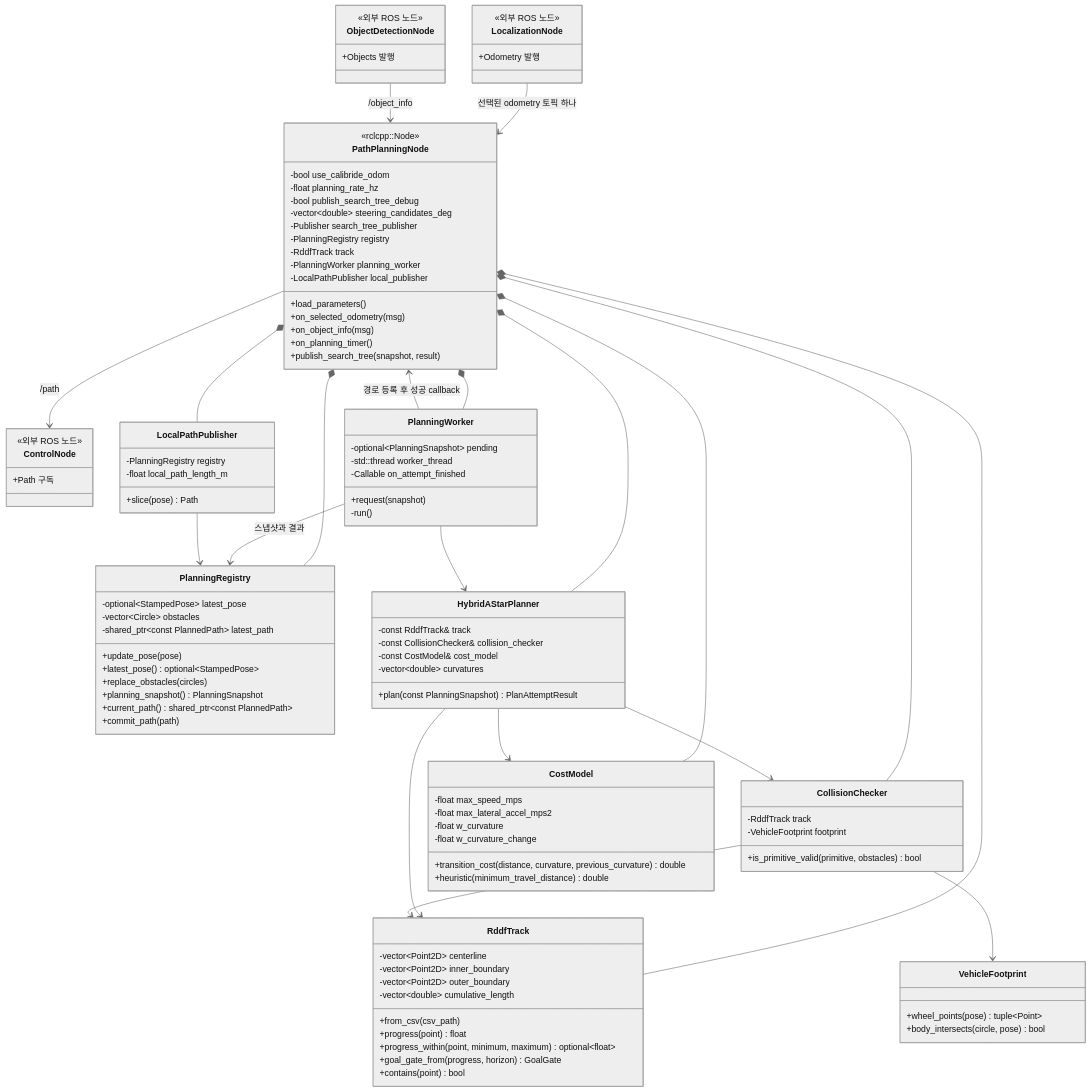
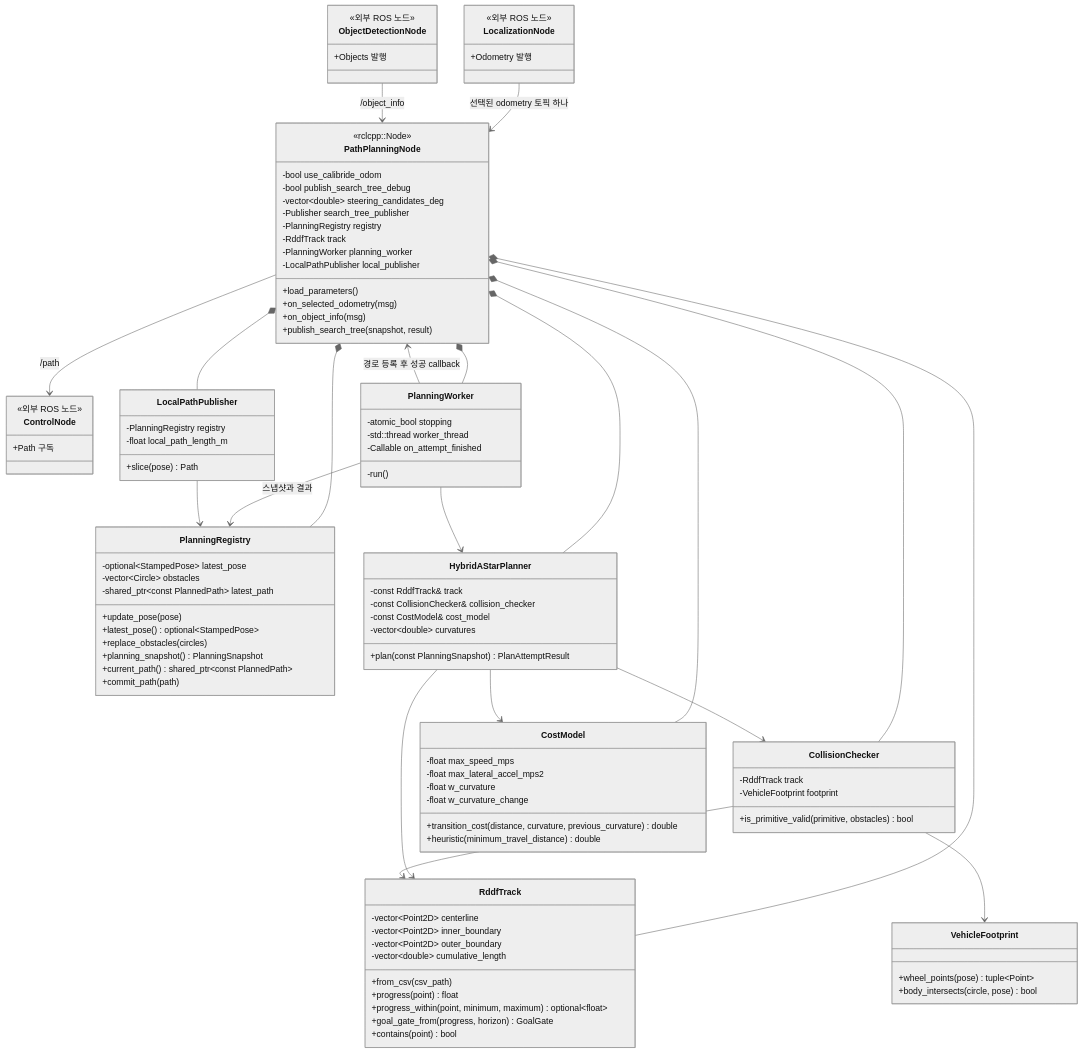
Before and after one commit to Team-Stier/AMET2026_coex_stier: the first of 3 diagrams in src/path_planning/README.md, drawn with Mermaid (neutral theme). The commit also changed other lines of this file and 5 other files, not shown here.

```diff
--- a/src/path_planning/README.md
+++ b/src/path_planning/README.md
@@ -172,7 +171,6 @@
     class PathPlanningNode {
         <<rclcpp::Node>>
         -bool use_calibride_odom
-        -float planning_rate_hz
         -bool publish_search_tree_debug
         -vector~double~ steering_candidates_deg
         -Publisher search_tree_publisher
@@ -183,7 +181,6 @@
         +load_parameters()
         +on_selected_odometry(msg)
         +on_object_info(msg)
-        +on_planning_timer()
         +publish_search_tree(snapshot, result)
     }
     class PlanningRegistry {
@@ -209,10 +206,9 @@
         +contains(point) bool
     }
     class PlanningWorker {
-        -optional~PlanningSnapshot~ pending
+        -atomic_bool stopping
         -std::thread worker_thread
         -Callable on_attempt_finished
-        +request(snapshot)
         -run()
     }
     class HybridAStarPlanner {
```
